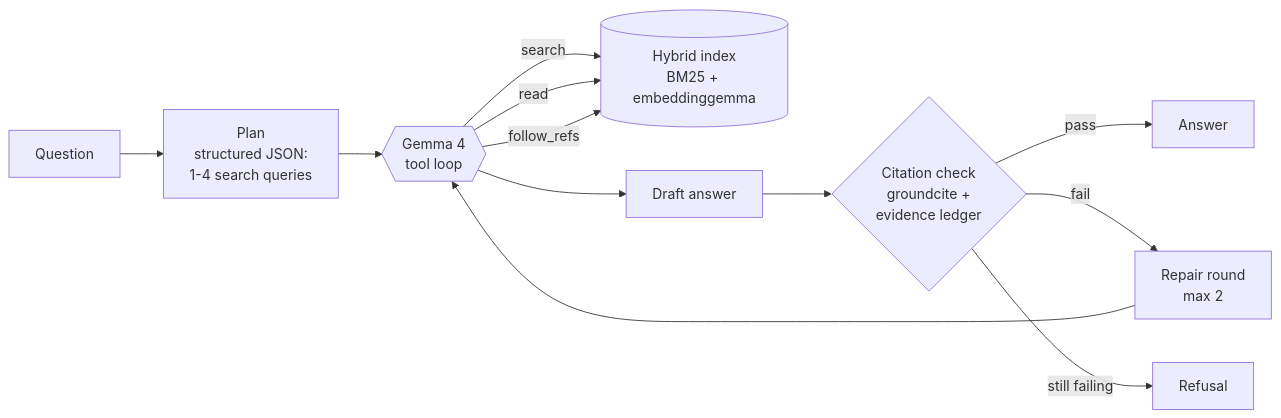
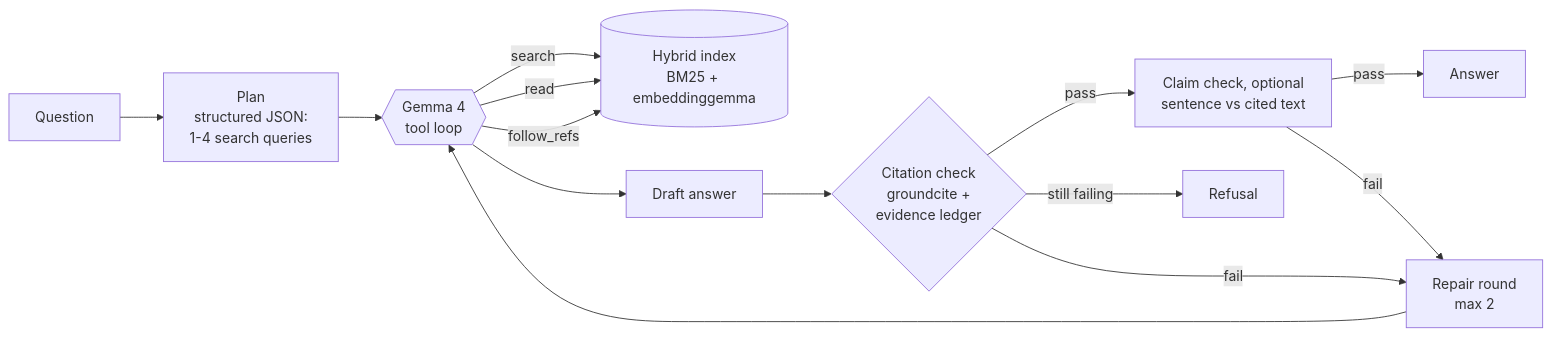
The diagram in README.md (JafarBanar/grounded-rag-agent), drawn with Mermaid before and after one commit. The commit also changed other lines of this file and 9 other files, not shown here.

Commit message:
Empty or citation-free answers fail the check (found in v4 eval); v4 and v5 results; real example run; docs for plan, claim check and private-corpus findings; private examples in web UI

````diff
--- a/README.md
+++ b/README.md
@@ -84,14 +96,16 @@
 ```mermaid
 flowchart LR
     Q[Question] --> P[Plan<br/>structured JSON:<br/>1-4 search queries]
     P --> L{{Gemma 4<br/>tool loop}}
     L -- search --> I[(Hybrid index<br/>BM25 + embeddinggemma)]
     L -- read --> I
     L -- follow_refs --> I
     L --> D[Draft answer]
     D --> C{Citation check<br/>groundcite +<br/>evidence ledger}
-    C -- pass --> A[Answer]
+    C -- pass --> V[Claim check, optional<br/>sentence vs cited text]
+    V -- pass --> A[Answer]
+    V -- fail --> R
     C -- fail --> R[Repair round<br/>max 2]
     R --> L
     C -- still failing --> X[Refusal]
 ```
````
